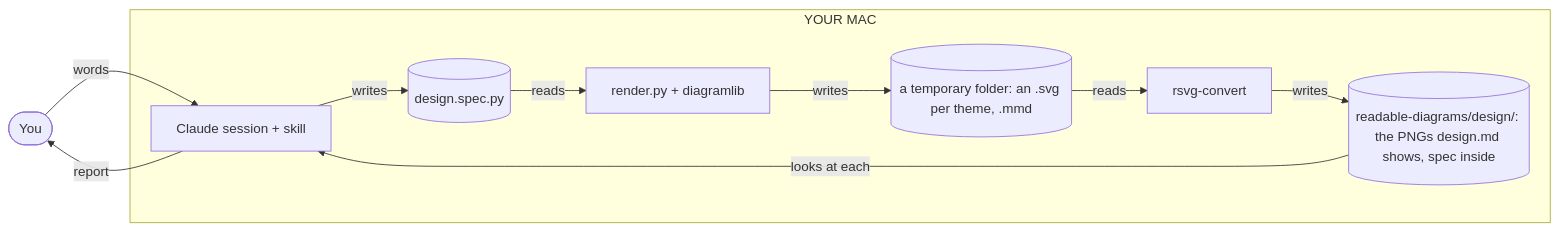
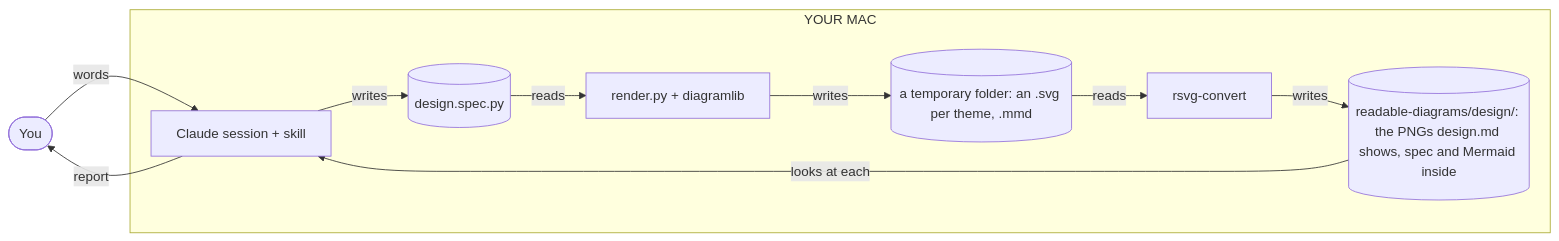
The first of 2 diagrams in skills/readable-diagrams/HOW-IT-WORKS.md (DanTanzer/dans-skills), drawn with Mermaid before and after one commit. The commit also changed other lines of this file and 13 other files, not shown here.

````diff
--- a/skills/readable-diagrams/HOW-IT-WORKS.md
+++ b/skills/readable-diagrams/HOW-IT-WORKS.md
@@ -41,14 +41,14 @@
 ```mermaid
 flowchart LR
   you(["You"])
   subgraph mac["YOUR MAC"]
     claude["Claude session + skill"] -->|writes| spec[("design.spec.py")]
     spec -->|reads| render["render.py + diagramlib"]
     render -->|writes| build[("a temporary folder: an .svg per theme, .mmd")]
     build -->|reads| exporter["rsvg-convert"]
-    exporter -->|writes| pngs[("readable-diagrams/design/: the PNGs design.md shows, spec inside")]
+    exporter -->|writes| pngs[("readable-diagrams/design/: the PNGs design.md shows, spec and Mermaid inside")]
     pngs -->|looks at each| claude
   end
   you -->|words| claude
   claude -->|report| you
 ```
````
